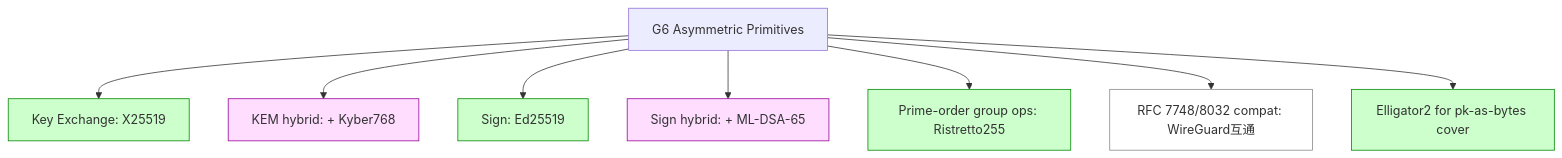
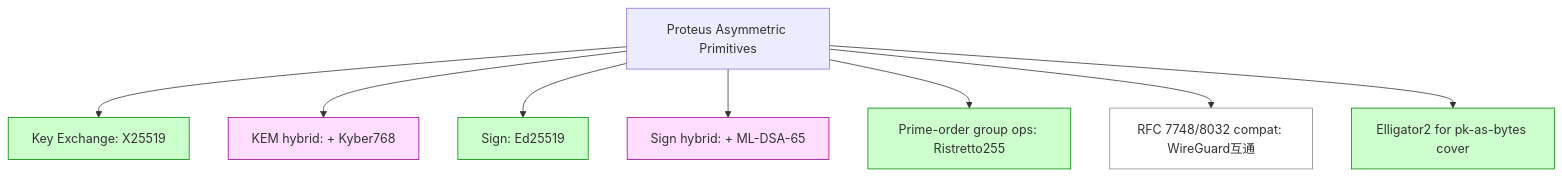
Before and after one commit to Icarus603/network-from-scratch: the third of 3 diagrams in lessons/part-3-cryptography/3.5-elliptic-curves.md, drawn with Mermaid. The commit also changed other lines of this file and 300 other files, not shown here.

````diff
--- a/lessons/part-3-cryptography/3.5-elliptic-curves.md
+++ b/lessons/part-3-cryptography/3.5-elliptic-curves.md
@@ -466,15 +466,15 @@
 ```mermaid
 flowchart TD
     classDef chosen fill:#cfc,stroke:#080
     classDef pq fill:#fdf,stroke:#909
     classDef compat fill:#fff,stroke:#888
 
-    G6Keys[G6 Asymmetric Primitives]
-    G6Keys --> KEX[Key Exchange: X25519]:::chosen
-    G6Keys --> KEM[KEM hybrid: + Kyber768]:::pq
-    G6Keys --> Sig[Sign: Ed25519]:::chosen
-    G6Keys --> SigPQ[Sign hybrid: + ML-DSA-65]:::pq
-    G6Keys --> Group[Prime-order group ops: Ristretto255]:::chosen
-    G6Keys --> Compat[RFC 7748/8032 compat: WireGuard互通]:::compat
-    G6Keys --> Disguise[Elligator2 for pk-as-bytes cover]:::chosen
+    ProteusKeys[Proteus Asymmetric Primitives]
+    ProteusKeys --> KEX[Key Exchange: X25519]:::chosen
+    ProteusKeys --> KEM[KEM hybrid: + Kyber768]:::pq
+    ProteusKeys --> Sig[Sign: Ed25519]:::chosen
+    ProteusKeys --> SigPQ[Sign hybrid: + ML-DSA-65]:::pq
+    ProteusKeys --> Group[Prime-order group ops: Ristretto255]:::chosen
+    ProteusKeys --> Compat[RFC 7748/8032 compat: WireGuard互通]:::compat
+    ProteusKeys --> Disguise[Elligator2 for pk-as-bytes cover]:::chosen
 ```
````
